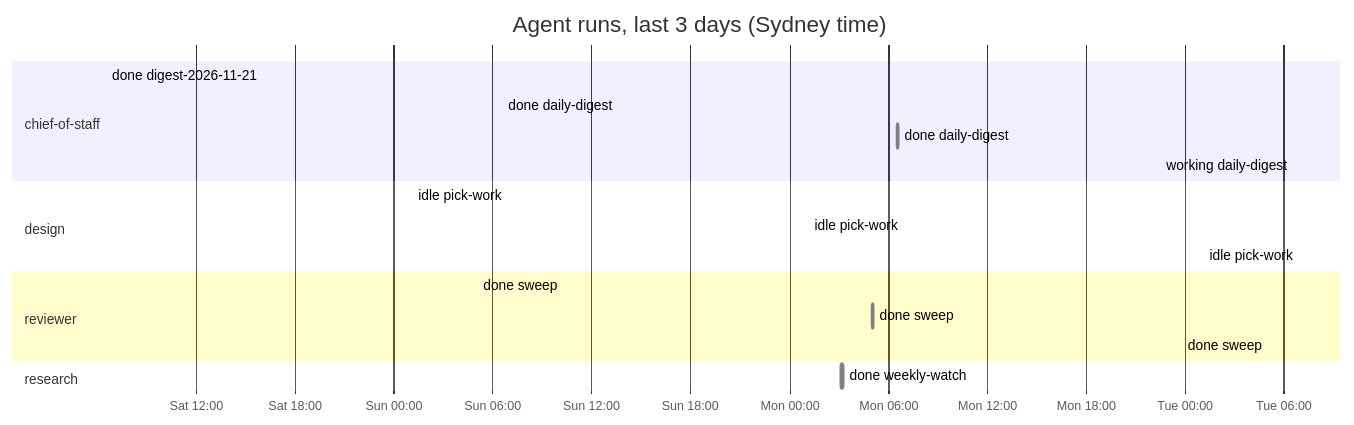
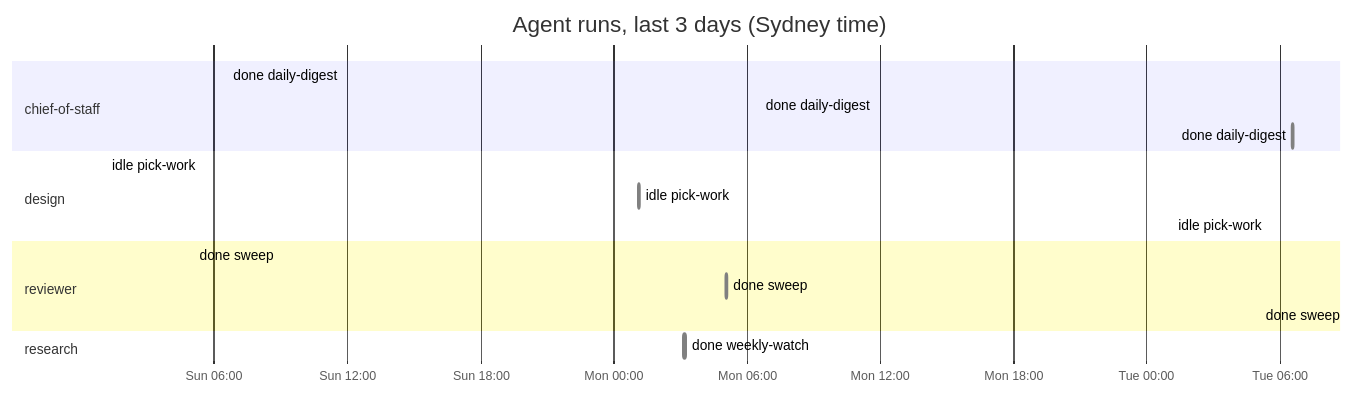
The diagram in dashboard.md (roulmediateam-byte/fifteen-expert-hq), drawn with Mermaid before and after one commit. The commit also changed other lines of this file and 1 other file, not shown here.

````diff
--- a/dashboard.md
+++ b/dashboard.md
@@ -51,21 +52,20 @@
 ```mermaid
 gantt
     title Agent runs, last 3 days (Sydney time)
     dateFormat YYYY-MM-DD HH:mm
     axisFormat %a %H:%M
     section chief-of-staff
-    done digest-2026-11-21 :done, 2026-11-21 06:34, 2026-11-21 06:36
     done daily-digest :done, 2026-11-22 06:34, 2026-11-22 06:36
     done daily-digest :done, 2026-11-23 06:35, 2026-11-23 06:36
-    working daily-digest :active, 2026-11-24 06:35, 2026-11-24 06:35
+    done daily-digest :done, 2026-11-24 06:35, 2026-11-24 06:37
     section design
     idle pick-work :done, 2026-11-22 01:08, 2026-11-22 01:08
     idle pick-work :done, 2026-11-23 01:08, 2026-11-23 01:09
     idle pick-work :done, 2026-11-24 01:09, 2026-11-24 01:09
     section reviewer
     done sweep :done, 2026-11-22 05:05, 2026-11-22 05:06
     done sweep :done, 2026-11-23 05:04, 2026-11-23 05:06
     done sweep :done, 2026-11-24 05:05, 2026-11-24 05:06
     section research
     done weekly-watch :done, 2026-11-23 03:10, 2026-11-23 03:17
 ```
````
